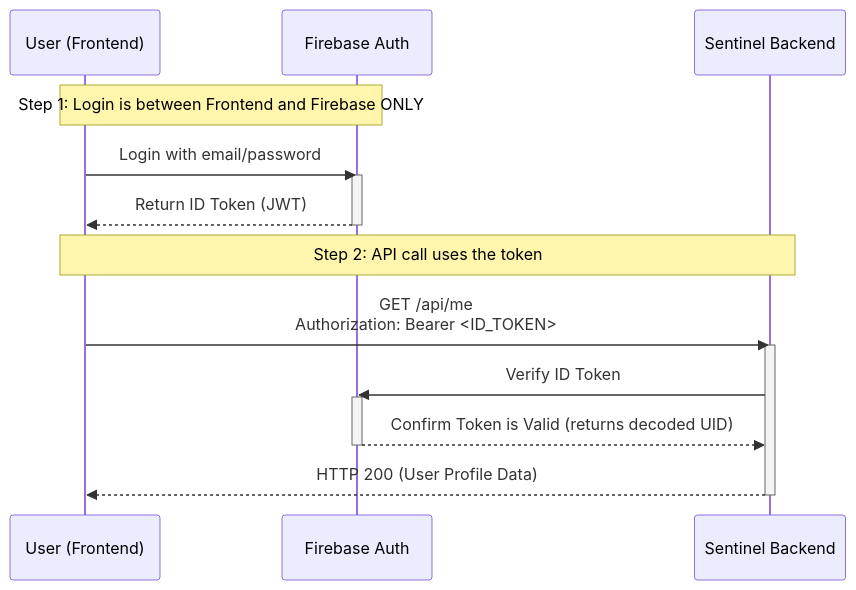
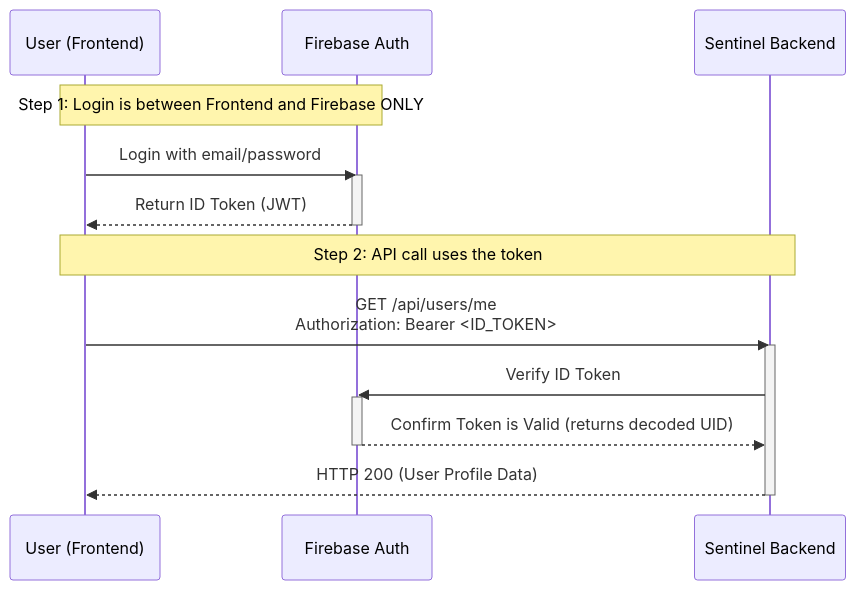
Before and after one commit to enzhao/Sentinel: diagram 11 of 12 in product_spec.md, drawn with Mermaid. The commit also changed other lines of this file, not shown here.

````diff
--- a/product_spec.md
+++ b/product_spec.md
@@ -855,22 +868,22 @@
 ```mermaid
 sequenceDiagram
     participant User as User (Frontend)
     participant Firebase as Firebase Auth
     participant Sentinel as Sentinel Backend
 
     Note over User, Firebase: Step 1: Login is between Frontend and Firebase ONLY
     User->>Firebase: Login with email/password
     activate Firebase
     Firebase-->>User: Return ID Token (JWT)
     deactivate Firebase
 
     Note over User, Sentinel: Step 2: API call uses the token
-    User->>Sentinel: GET /api/me <br> Authorization: Bearer <ID_TOKEN>
+    User->>Sentinel: GET /api/users/me <br> Authorization: Bearer <ID_TOKEN>
     activate Sentinel
     Sentinel->>Firebase: Verify ID Token
     activate Firebase
     Firebase-->>Sentinel: Confirm Token is Valid (returns decoded UID)
     deactivate Firebase
     Sentinel-->>User: HTTP 200 (User Profile Data)
     deactivate Sentinel
 ```
````
